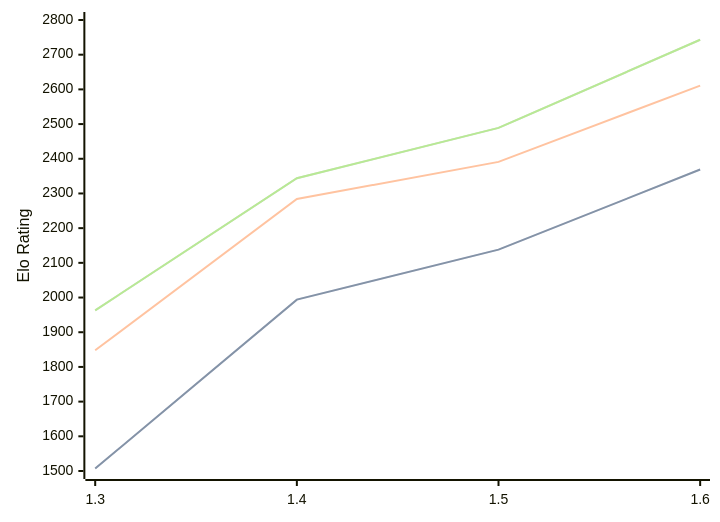
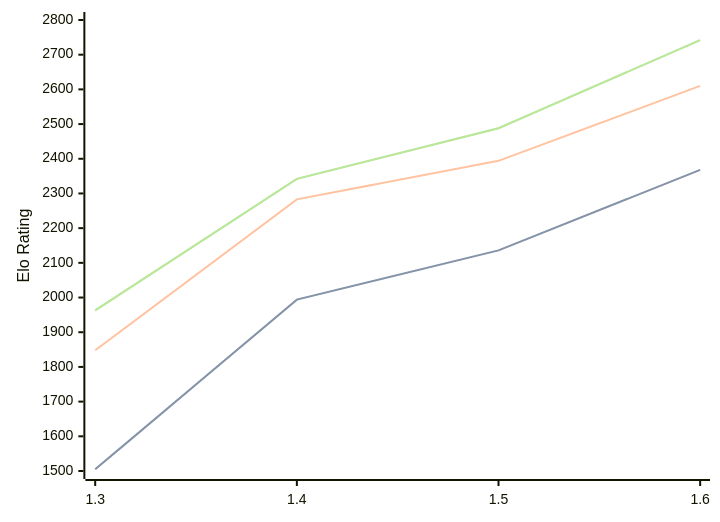
One commit to computer-chess-index/cci changed the first of 3 diagrams in engines/Facon.md. Above: the diagram before and after it, drawn with Mermaid. The commit also changed other lines of this file, not shown here.

Commit message:
Update CCI Ratings (ELO VLTC) - 2026-07-15

````diff
--- a/engines/Facon.md
+++ b/engines/Facon.md
@@ -37,11 +37,11 @@
 ```mermaid
 %%{init: {"theme":"base","themeVariables":{"seriesColors:['#a3a3a3','#222221','#faa371']}}}%%
 xychart-beta
   x-axis ["1.3", "1.4", "1.5", "1.6"]
   y-axis "Elo Rating" 1500 --> 2800
-  line "STC (8.0+0.08s)" [1507, 1994, 2138, 2369]
-  line "STC (8.0+0.08s)" [1507, 1994, 2138, 2369]
-  line "LTC (60.0+0.60s)" [1848, 2284, 2391, 2611]
-  line "VLTC (2m24s+1.12s)" [1963, 2344, 2489, 2743]
-  line "VLTC (2m24s+1.12s)" [1963, 2344, 2489, 2743]
+  line "STC (8.0+0.08s)" [1505, 1994, 2136, 2368]
+  line "STC (8.0+0.08s)" [1505, 1994, 2136, 2368]
+  line "LTC (60.0+0.60s)" [1848, 2283, 2394, 2610]
+  line "VLTC (2m24s+1.12s)" [1963, 2342, 2488, 2742]
+  line "VLTC (2m24s+1.12s)" [1963, 2342, 2488, 2742]
 ```
````
